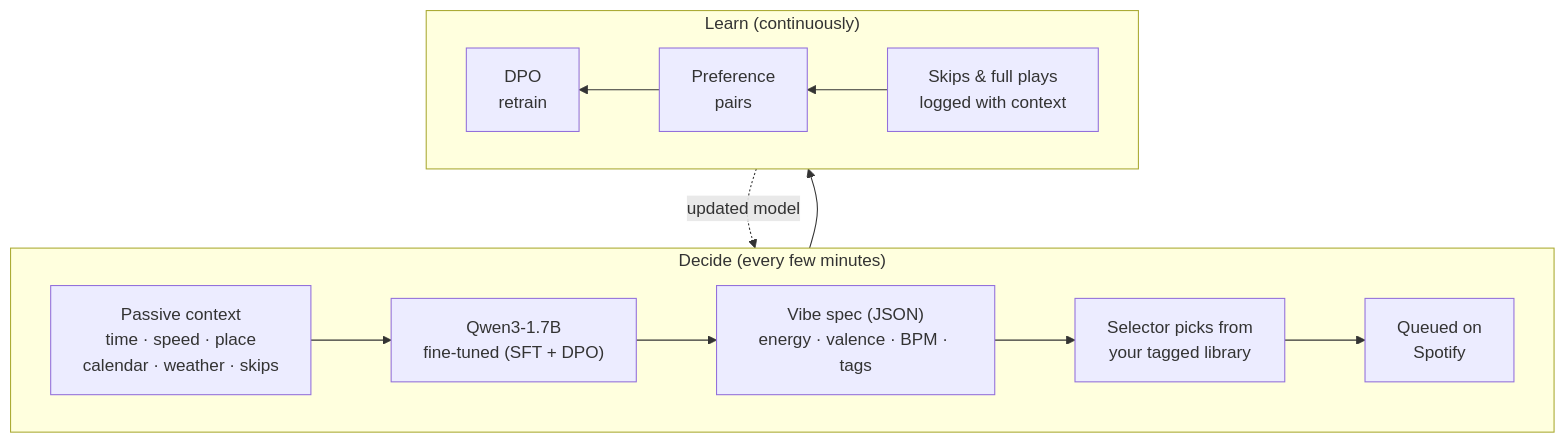
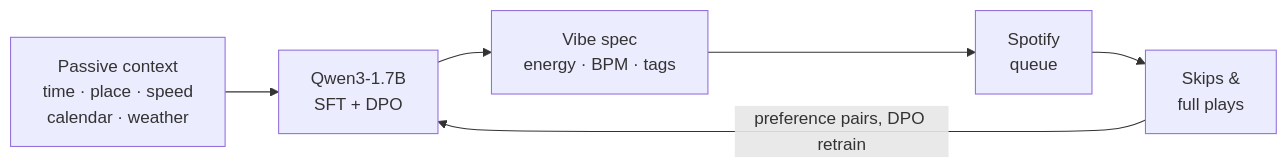
One commit to astonmartinifacio/auxie changed the diagram in README.md. Above: the diagram before and after it, drawn with Mermaid.

Commit message:
Simplify architecture diagram

````diff
--- a/README.md
+++ b/README.md
@@ -34,17 +34,8 @@
 ```mermaid
-flowchart TB
-    subgraph DECIDE["Decide (every few minutes)"]
-        direction LR
-        A["Passive context<br/>time · speed · place<br/>calendar · weather · skips"] --> B["Qwen3-1.7B<br/>fine-tuned (SFT + DPO)"]
-        B --> C["Vibe spec (JSON)<br/>energy · valence · BPM · tags"]
-        C --> D["Selector picks from<br/>your tagged library"]
-        D --> E["Queued on<br/>Spotify"]
-    end
-    subgraph LEARN["Learn (continuously)"]
-        direction RL
-        F["Skips & full plays<br/>logged with context"] --> G["Preference<br/>pairs"]
-        G --> H["DPO<br/>retrain"]
-    end
-    E --> F
-    H -.->|"updated model"| B
+flowchart LR
+    A["Passive context<br/>time · place · speed<br/>calendar · weather"] --> B["Qwen3-1.7B<br/>SFT + DPO"]
+    B --> C["Vibe spec<br/>energy · BPM · tags"]
+    C --> D["Spotify<br/>queue"]
+    D --> E["Skips &<br/>full plays"]
+    E -->|"preference pairs, DPO retrain"| B
 ```
````
